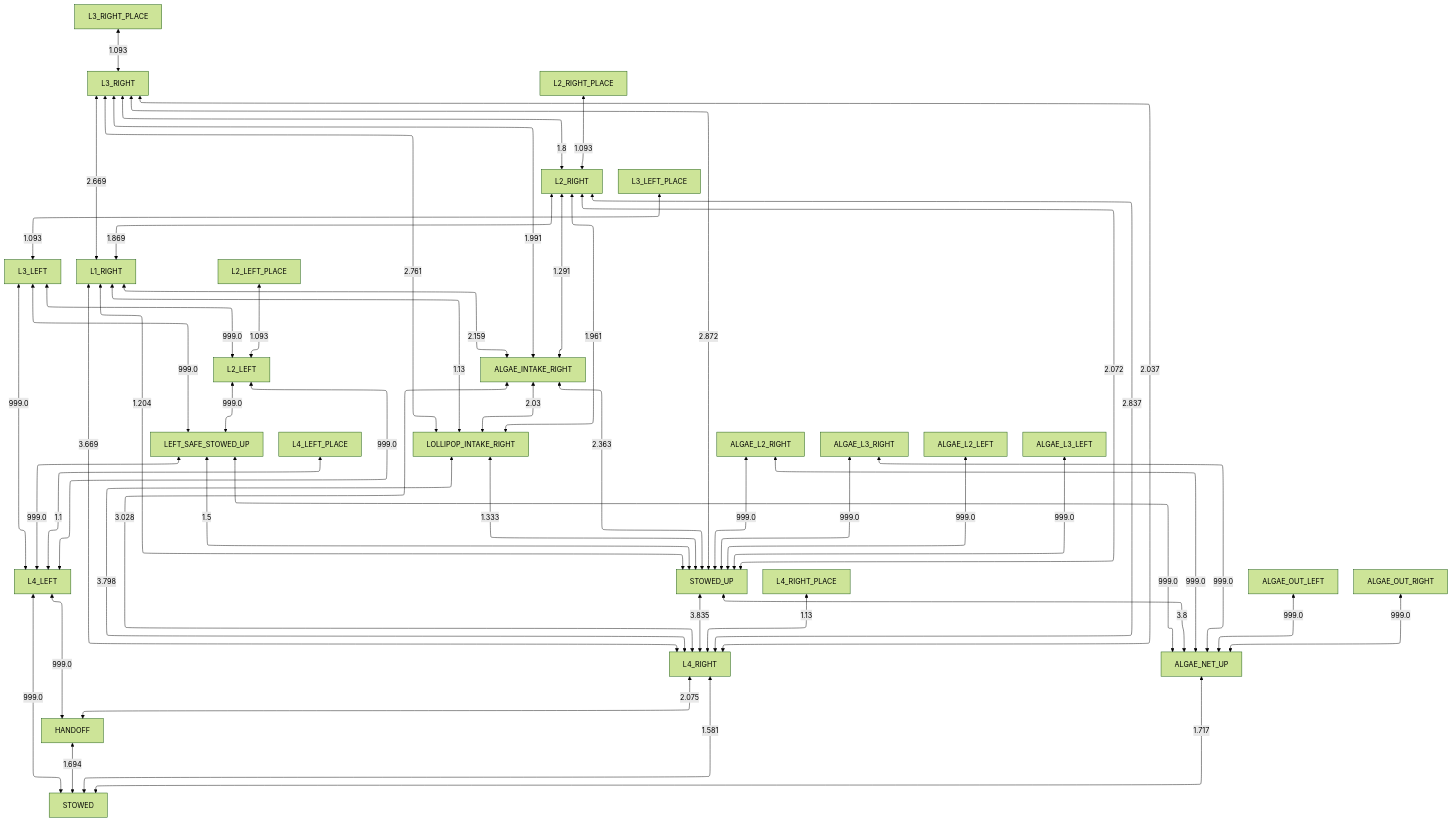
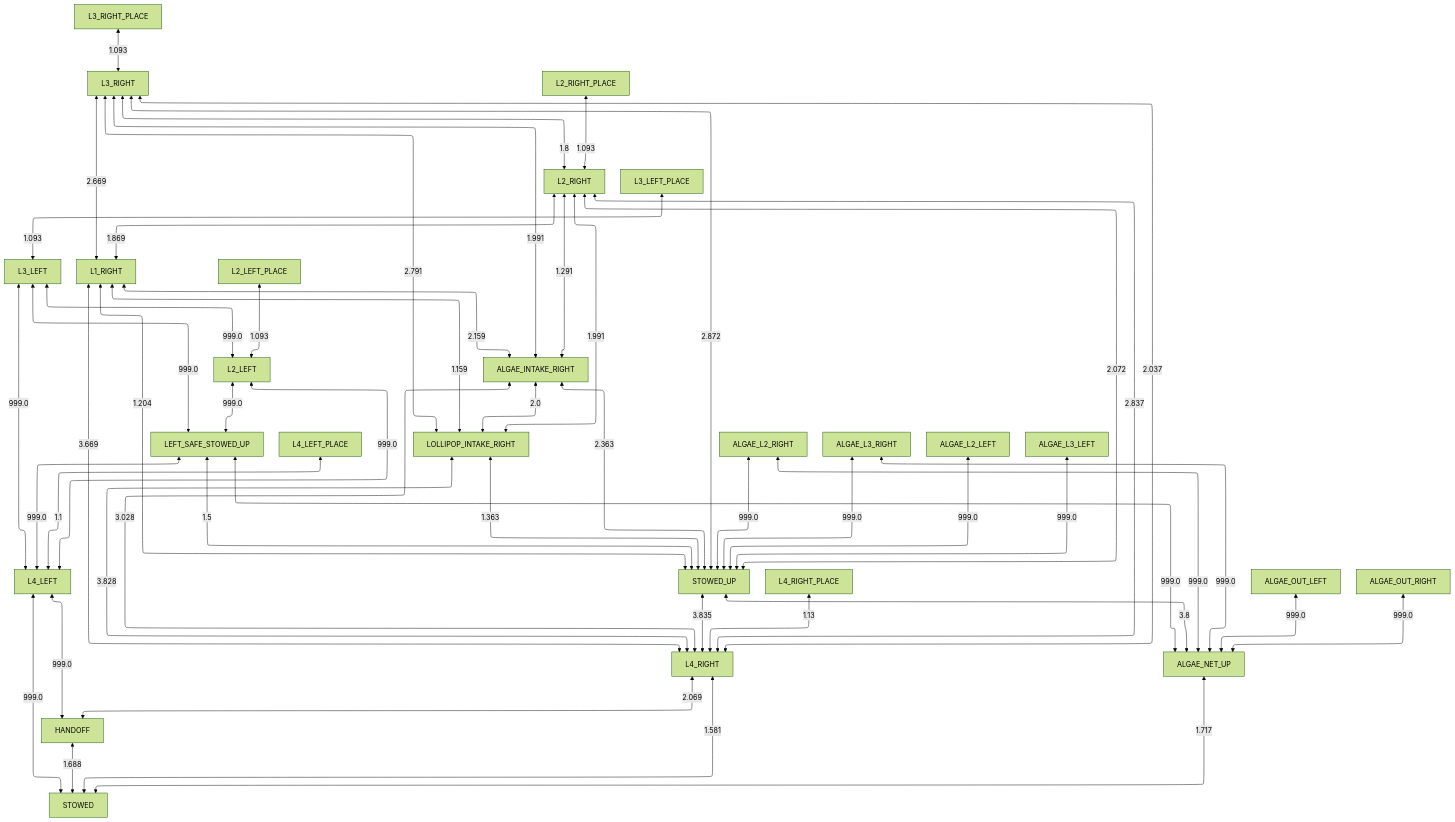
One commit to team581/offseason-2025-comp changed the diagram in docs/collision_avoidance/left_obstructed.md. Above: the diagram before and after it, drawn with Mermaid (forest theme). The commit also changed 3 other files, not shown here.

````diff
--- a/docs/collision_avoidance/left_obstructed.md
+++ b/docs/collision_avoidance/left_obstructed.md
@@ -3,55 +3,55 @@
 ```mermaid
 %%{ init: { "flowchart": { "defaultRenderer": "elk" } } }%%
 graph TD
 
-HANDOFF <-- 1.694 --> STOWED
+HANDOFF <-- 1.688 --> STOWED
 L4_LEFT <-- 999.0 --> STOWED
 L4_RIGHT <-- 1.581 --> STOWED
 ALGAE_NET_UP <-- 1.717 --> STOWED
 L4_LEFT <-- 999.0 --> HANDOFF
-L4_RIGHT <-- 2.075 --> HANDOFF
+L4_RIGHT <-- 2.069 --> HANDOFF
 LEFT_SAFE_STOWED_UP <-- 999.0 --> L4_LEFT
 L2_LEFT <-- 999.0 --> L4_LEFT
 L3_LEFT <-- 999.0 --> L4_LEFT
 L4_LEFT_PLACE <-- 1.1 --> L4_LEFT
 STOWED_UP <-- 3.835 --> L4_RIGHT
 ALGAE_INTAKE_RIGHT <-- 3.028 --> L4_RIGHT
-LOLLIPOP_INTAKE_RIGHT <-- 3.798 --> L4_RIGHT
+LOLLIPOP_INTAKE_RIGHT <-- 3.828 --> L4_RIGHT
 L1_RIGHT <-- 3.669 --> L4_RIGHT
 L2_RIGHT <-- 2.837 --> L4_RIGHT
 L3_RIGHT <-- 2.037 --> L4_RIGHT
 L4_RIGHT_PLACE <-- 1.13 --> L4_RIGHT
 LEFT_SAFE_STOWED_UP <-- 999.0 --> ALGAE_NET_UP
 STOWED_UP <-- 3.8 --> ALGAE_NET_UP
 ALGAE_OUT_LEFT <-- 999.0 --> ALGAE_NET_UP
 ALGAE_OUT_RIGHT <-- 999.0 --> ALGAE_NET_UP
 ALGAE_L2_RIGHT <-- 999.0 --> ALGAE_NET_UP
 ALGAE_L3_RIGHT <-- 999.0 --> ALGAE_NET_UP
 LEFT_SAFE_STOWED_UP <-- 1.5 --> STOWED_UP
-LOLLIPOP_INTAKE_RIGHT <-- 1.333 --> STOWED_UP
+LOLLIPOP_INTAKE_RIGHT <-- 1.363 --> STOWED_UP
 ALGAE_INTAKE_RIGHT <-- 2.363 --> STOWED_UP
 L1_RIGHT <-- 1.204 --> STOWED_UP
 L2_RIGHT <-- 2.072 --> STOWED_UP
 L3_RIGHT <-- 2.872 --> STOWED_UP
 ALGAE_L2_LEFT <-- 999.0 --> STOWED_UP
 ALGAE_L2_RIGHT <-- 999.0 --> STOWED_UP
 ALGAE_L3_LEFT <-- 999.0 --> STOWED_UP
 ALGAE_L3_RIGHT <-- 999.0 --> STOWED_UP
 L2_LEFT <-- 999.0 --> LEFT_SAFE_STOWED_UP
 L3_LEFT <-- 999.0 --> LEFT_SAFE_STOWED_UP
-ALGAE_INTAKE_RIGHT <-- 2.03 --> LOLLIPOP_INTAKE_RIGHT
-L1_RIGHT <-- 1.13 --> LOLLIPOP_INTAKE_RIGHT
-L2_RIGHT <-- 1.961 --> LOLLIPOP_INTAKE_RIGHT
-L3_RIGHT <-- 2.761 --> LOLLIPOP_INTAKE_RIGHT
+ALGAE_INTAKE_RIGHT <-- 2.0 --> LOLLIPOP_INTAKE_RIGHT
+L1_RIGHT <-- 1.159 --> LOLLIPOP_INTAKE_RIGHT
+L2_RIGHT <-- 1.991 --> LOLLIPOP_INTAKE_RIGHT
+L3_RIGHT <-- 2.791 --> LOLLIPOP_INTAKE_RIGHT
 L1_RIGHT <-- 2.159 --> ALGAE_INTAKE_RIGHT
 L2_RIGHT <-- 1.291 --> ALGAE_INTAKE_RIGHT
 L3_RIGHT <-- 1.991 --> ALGAE_INTAKE_RIGHT
 L3_LEFT <-- 999.0 --> L2_LEFT
 L2_LEFT_PLACE <-- 1.093 --> L2_LEFT
 L3_LEFT_PLACE <-- 1.093 --> L3_LEFT
 L2_RIGHT <-- 1.869 --> L1_RIGHT
 L3_RIGHT <-- 2.669 --> L1_RIGHT
 L3_RIGHT <-- 1.8 --> L2_RIGHT
 L2_RIGHT_PLACE <-- 1.093 --> L2_RIGHT
 L3_RIGHT_PLACE <-- 1.093 --> L3_RIGHT
 ```
````
